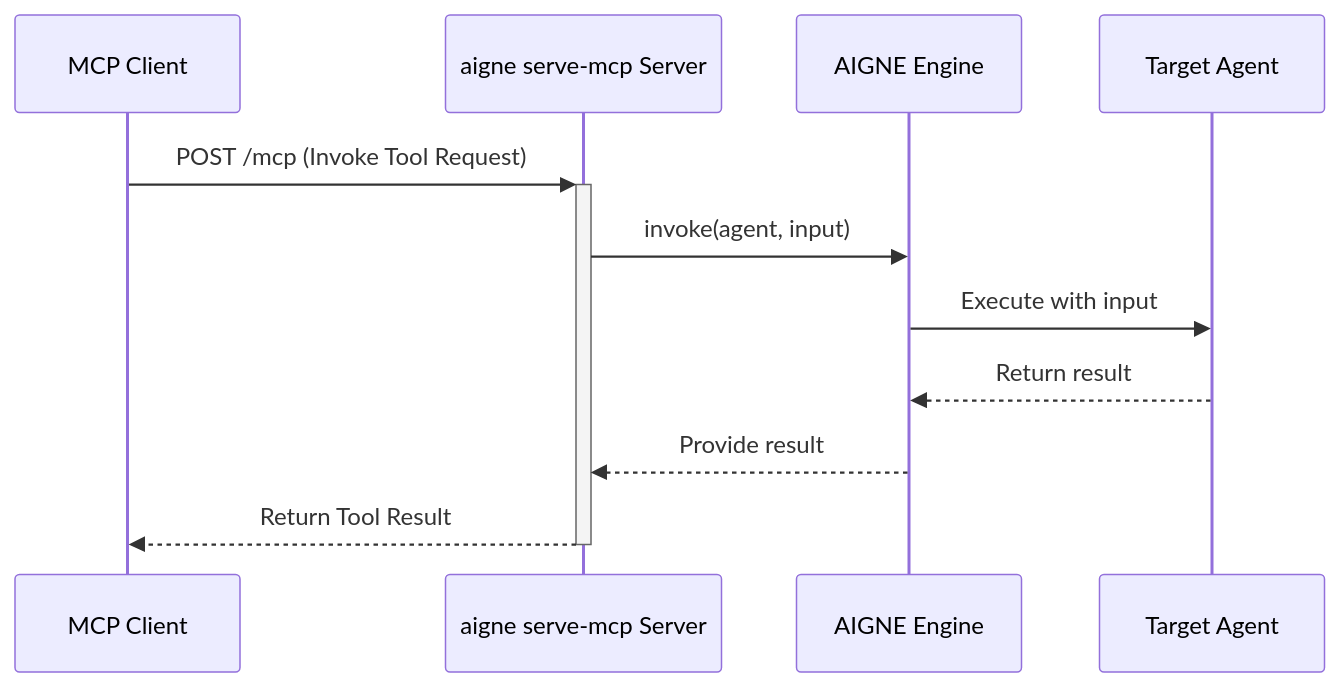
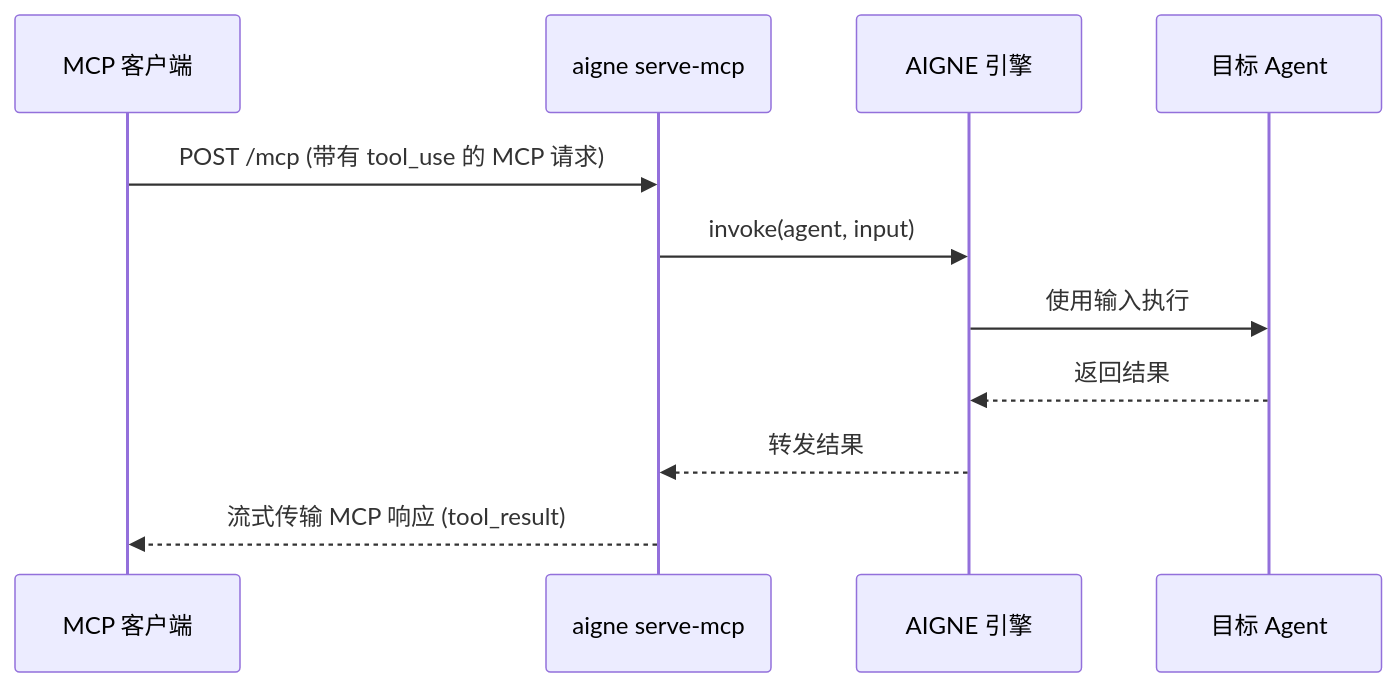
The diagram in packages/cli/docs/command-reference-serve-mcp.zh.md (AIGNE-io/aigne-framework), drawn with Mermaid before and after one commit. The commit also changed other lines of this file and 27 other files, not shown here.

````diff
--- a/packages/cli/docs/command-reference-serve-mcp.zh.md
+++ b/packages/cli/docs/command-reference-serve-mcp.zh.md
@@ -19,14 +24,14 @@
 ```mermaid
 sequenceDiagram
-    participant Client as MCP Client
-    participant Server as aigne serve-mcp Server
-    participant AIGNE as AIGNE Engine
-    participant Agent as Target Agent
+    participant Client as MCP 客户端
+    participant Server as aigne serve-mcp
+    participant AIGNE as AIGNE 引擎
+    participant Agent as 目标 Agent
 
-    Client->>+Server: POST /mcp (Invoke Tool Request)
+    Client->>Server: POST /mcp (带有 tool_use 的 MCP 请求)
     Server->>AIGNE: invoke(agent, input)
-    AIGNE->>Agent: Execute with input
-    Agent-->>AIGNE: Return result
-    AIGNE-->>Server: Provide result
-    Server-->>-Client: Return Tool Result
+    AIGNE->>Agent: 使用输入执行
+    Agent-->>AIGNE: 返回结果
+    AIGNE-->>Server: 转发结果
+    Server-->>Client: 流式传输 MCP 响应 (tool_result)
 ```
````
